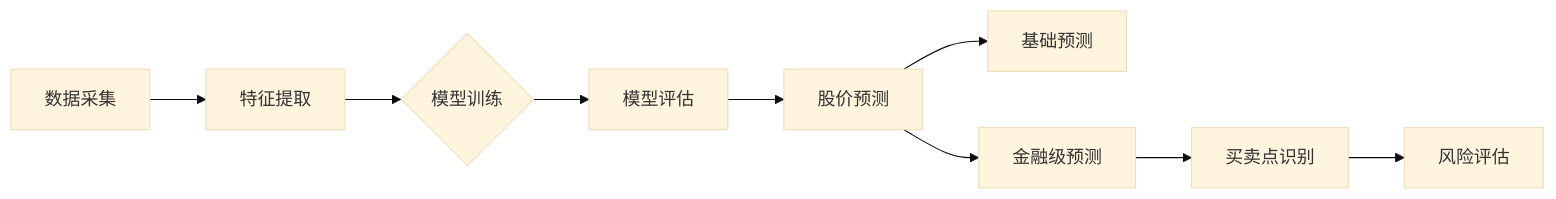
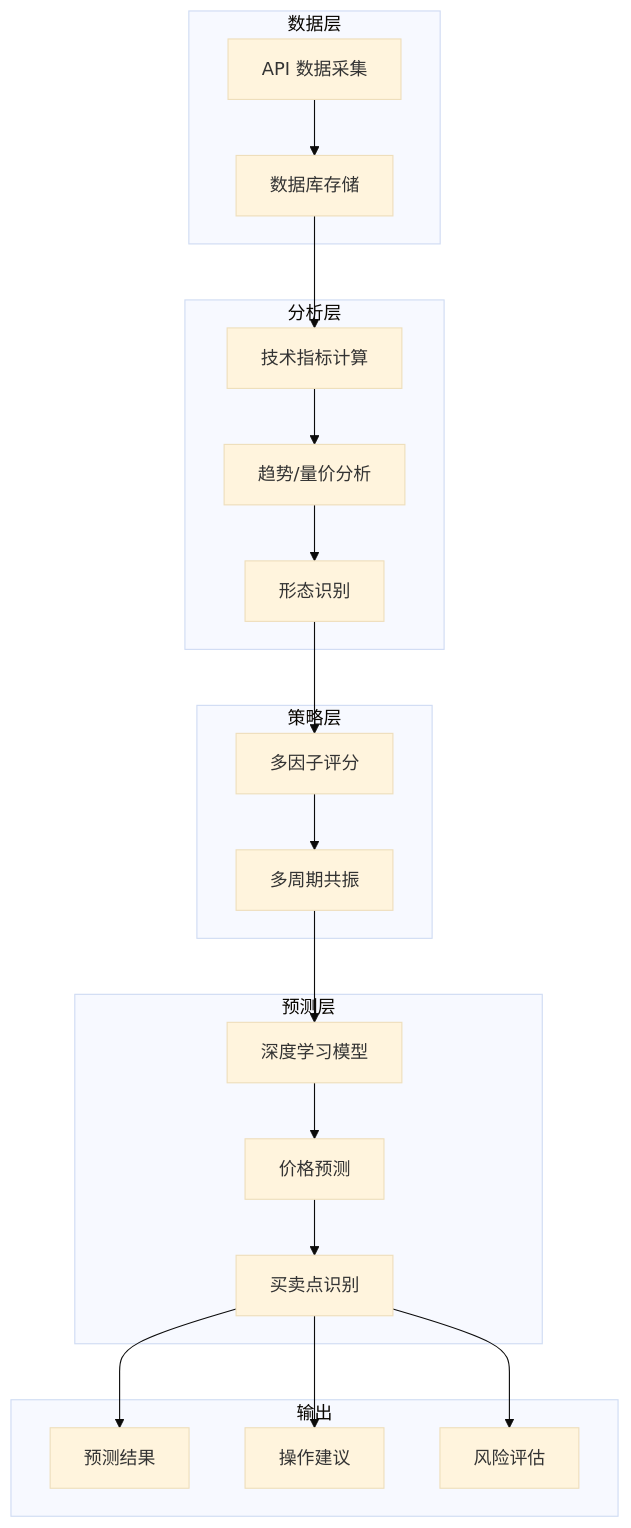
Before and after one commit to zzhtl/biga: the diagram in README.md, drawn with Mermaid (base theme). The commit also changed other lines of this file and 1 other file, not shown here.

````diff
--- a/README.md
+++ b/README.md
@@ -109,11 +190,29 @@
 ```mermaid
-graph LR
-    A[数据采集] --> B[特征提取]
-    B --> C{模型训练}
-    C --> D[模型评估]
-    D --> E[股价预测]
-    E --> F1[基础预测]
-    E --> F2[金融级预测]
-    F2 --> G[买卖点识别]
-    G --> H[风险评估]
+graph TB
+    subgraph 数据层
+        A[API 数据采集] --> B[数据库存储]
+    end
+    
+    subgraph 分析层
+        B --> C[技术指标计算]
+        C --> D[趋势/量价分析]
+        D --> E[形态识别]
+    end
+    
+    subgraph 策略层
+        E --> F[多因子评分]
+        F --> G[多周期共振]
+    end
+    
+    subgraph 预测层
+        G --> H[深度学习模型]
+        H --> I[价格预测]
+        I --> J[买卖点识别]
+    end
+    
+    subgraph 输出
+        J --> K[预测结果]
+        J --> L[操作建议]
+        J --> M[风险评估]
+    end
 ```
````
